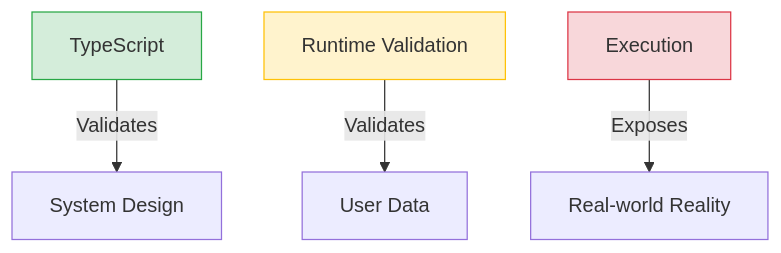
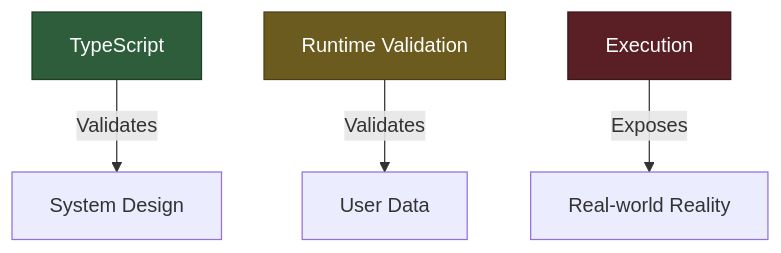
The diagram in monolith/typescript.md (software-engineering-projects/enterprise-backend-development), drawn with Mermaid before and after one commit. The commit also changed other lines of this file, not shown here.

````diff
--- a/monolith/typescript.md
+++ b/monolith/typescript.md
@@ -116,10 +116,10 @@
 ```mermaid
 graph TD
     A[TypeScript] -->|Validates| B[System Design]
     C[Runtime Validation] -->|Validates| D[User Data]
     E[Execution] -->|Exposes| F[Real-world Reality]
     
-    style A fill:#d4edda,stroke:#28a745
-    style C fill:#fff3cd,stroke:#ffc107
-    style E fill:#f8d7da,stroke:#dc3545
+    style A fill:#2e5d3b,stroke:#1f3d27,color:#ffffff
+    style C fill:#6b5b1e,stroke:#4d4015,color:#ffffff
+    style E fill:#5a1f24,stroke:#3d1418,color:#ffffff
 ```
````
